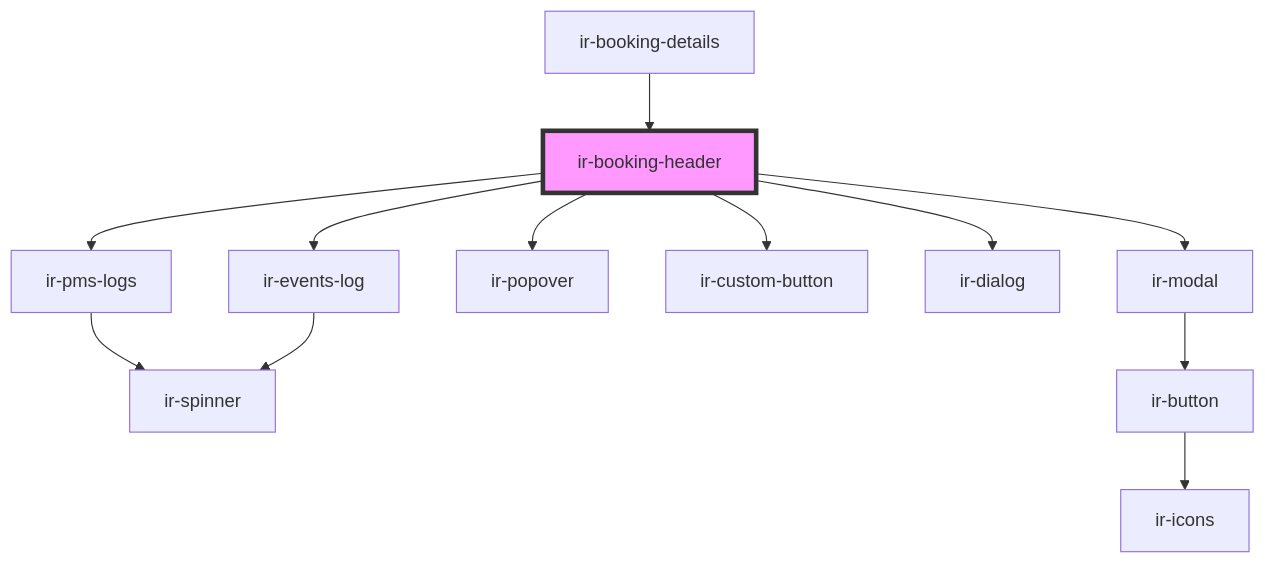
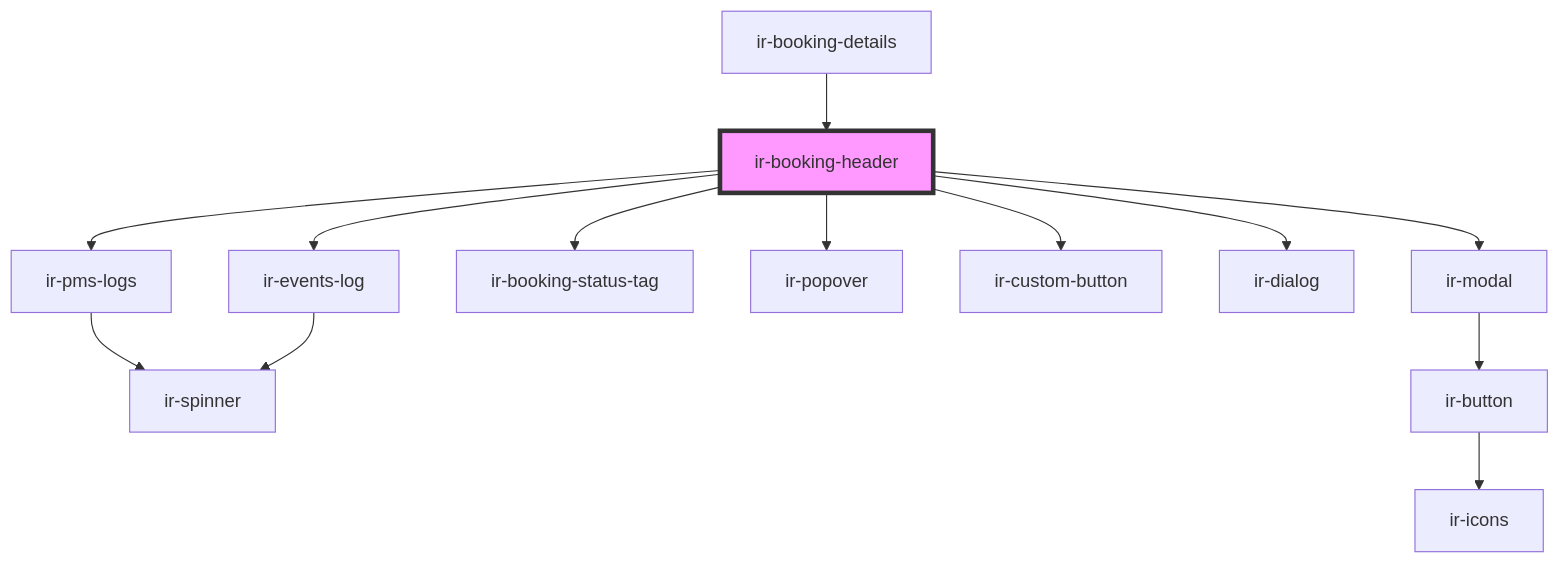
One commit to David1Chowaifaty/modified-ir-webcmp changed the diagram in src/components/ir-booking-details/ir-booking-header/readme.md. Above: the diagram before and after it, drawn with Mermaid. The commit also changed other lines of this file and 77 other files, not shown here.

````diff
--- a/src/components/ir-booking-details/ir-booking-header/readme.md
+++ b/src/components/ir-booking-details/ir-booking-header/readme.md
@@ -47,15 +48,16 @@
 ```mermaid
 graph TD;
   ir-booking-header --> ir-pms-logs
   ir-booking-header --> ir-events-log
+  ir-booking-header --> ir-booking-status-tag
   ir-booking-header --> ir-popover
   ir-booking-header --> ir-custom-button
   ir-booking-header --> ir-dialog
   ir-booking-header --> ir-modal
   ir-pms-logs --> ir-spinner
   ir-events-log --> ir-spinner
   ir-modal --> ir-button
   ir-button --> ir-icons
   ir-booking-details --> ir-booking-header
   style ir-booking-header fill:#f9f,stroke:#333,stroke-width:4px
 ```
````
